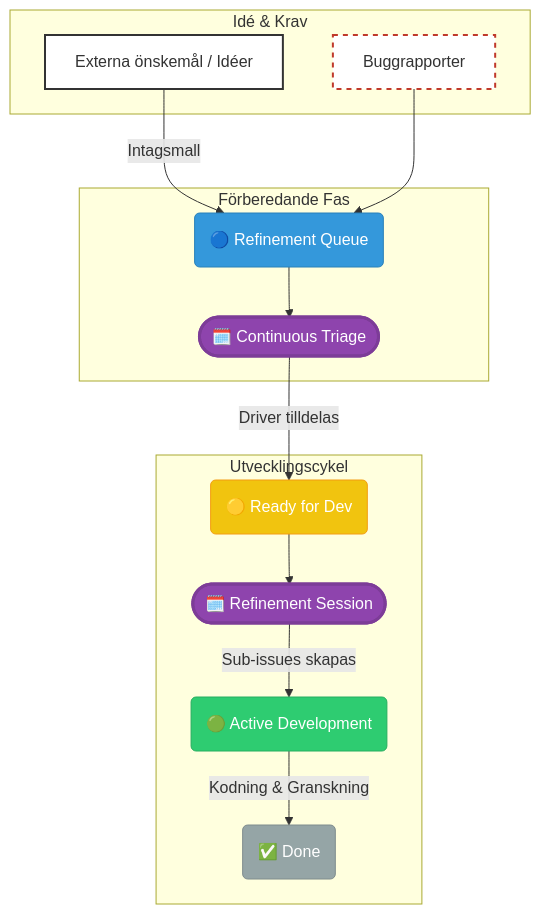
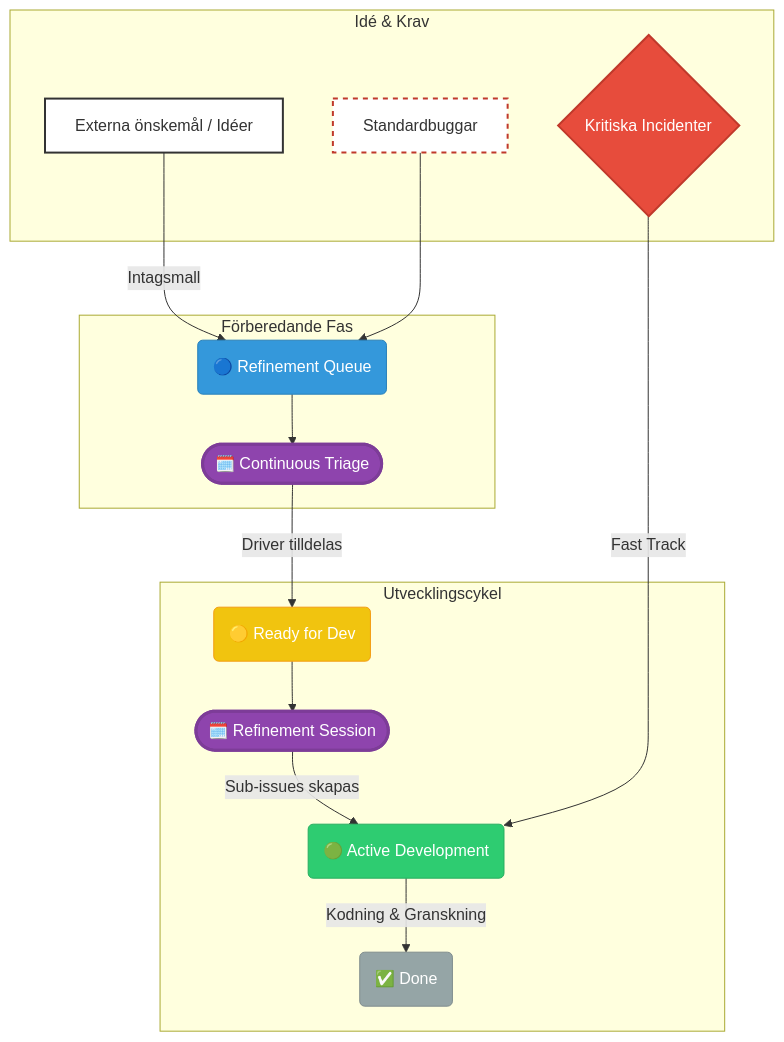
One commit to stefanbackelin/dab changed the first of 4 diagrams in dab_sv.md. Above: the diagram before and after it, drawn with Mermaid.

Commit message:
docs: add critical bug flow

````diff
--- a/dab_sv.md
+++ b/dab_sv.md
@@ -68,31 +68,34 @@
 ```mermaid
 graph TD
     subgraph "Idé & Krav"
         A[Externa önskemål / Idéer]
-        F[Buggrapporter]
+        F[Standardbuggar]
+        G{Kritiska Incidenter}
     end
 
     subgraph "Förberedande Fas"
         A -->|Intagsmall| B(🔵 Refinement Queue)
         F --> B
         B --> M1([🗓️ Continuous Triage])
     end
 
     subgraph "Utvecklingscykel"
         M1 -->|Driver tilldelas| C(🟡 Ready for Dev)
         C --> M2([🗓️ Refinement Session])
         M2 -->|Sub-issues skapas| D(🟢 Active Development)
+        G -->|Fast Track| D
         D -->|Kodning & Granskning| E(✅ Done)
     end
 
     style A fill:#fff,stroke:#333,stroke-width:2px,color:#333
     style F fill:#fff,stroke:#c0392b,stroke-width:2px,stroke-dasharray: 5 5,color:#333
+    style G fill:#e74c3c,stroke:#c0392b,color:#fff,stroke-width:2px
     
     style B fill:#3498db,stroke:#2980b9,color:#fff
     style C fill:#f1c40f,stroke:#f39c12,color:#fff
     style D fill:#2ecc71,stroke:#27ae60,color:#fff
     style E fill:#95a5a6,stroke:#7f8c8d,color:#fff
 
     style M1 fill:#8e44ad,stroke:#7d3c98,color:#fff,stroke-width:3px
     style M2 fill:#8e44ad,stroke:#7d3c98,color:#fff,stroke-width:3px
 ```
````
